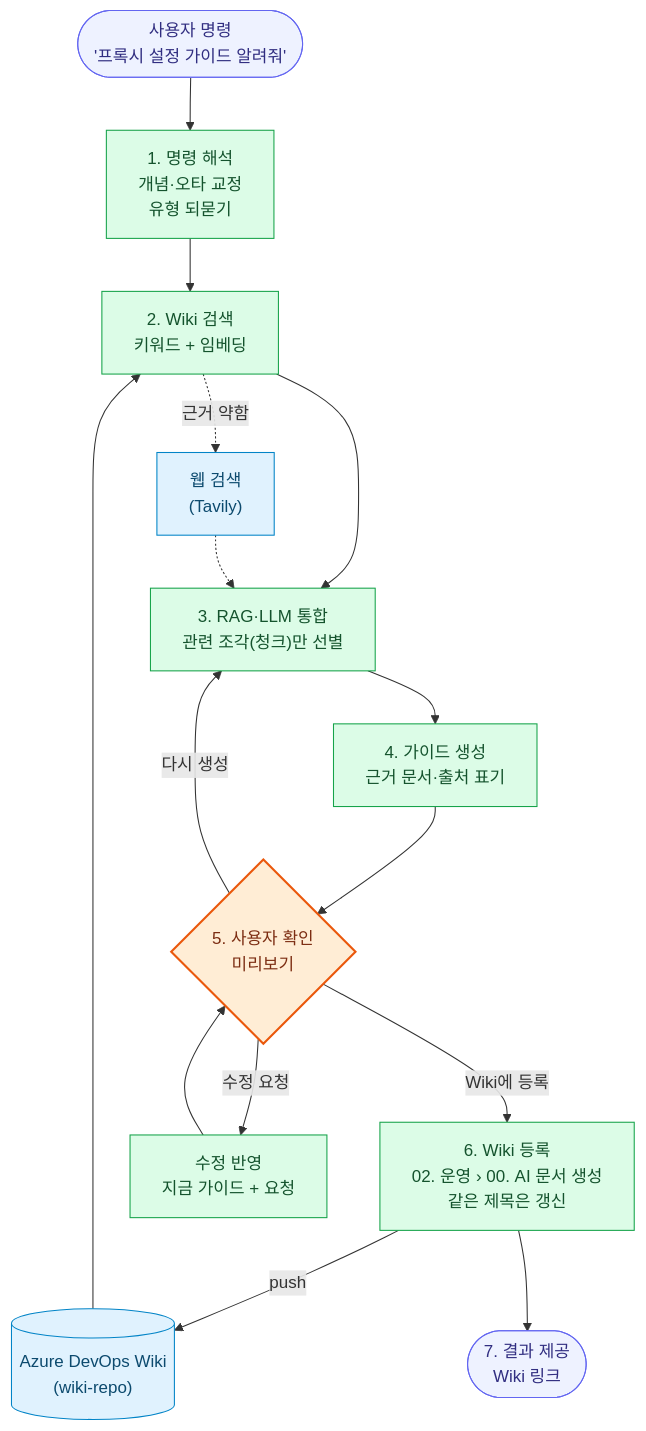
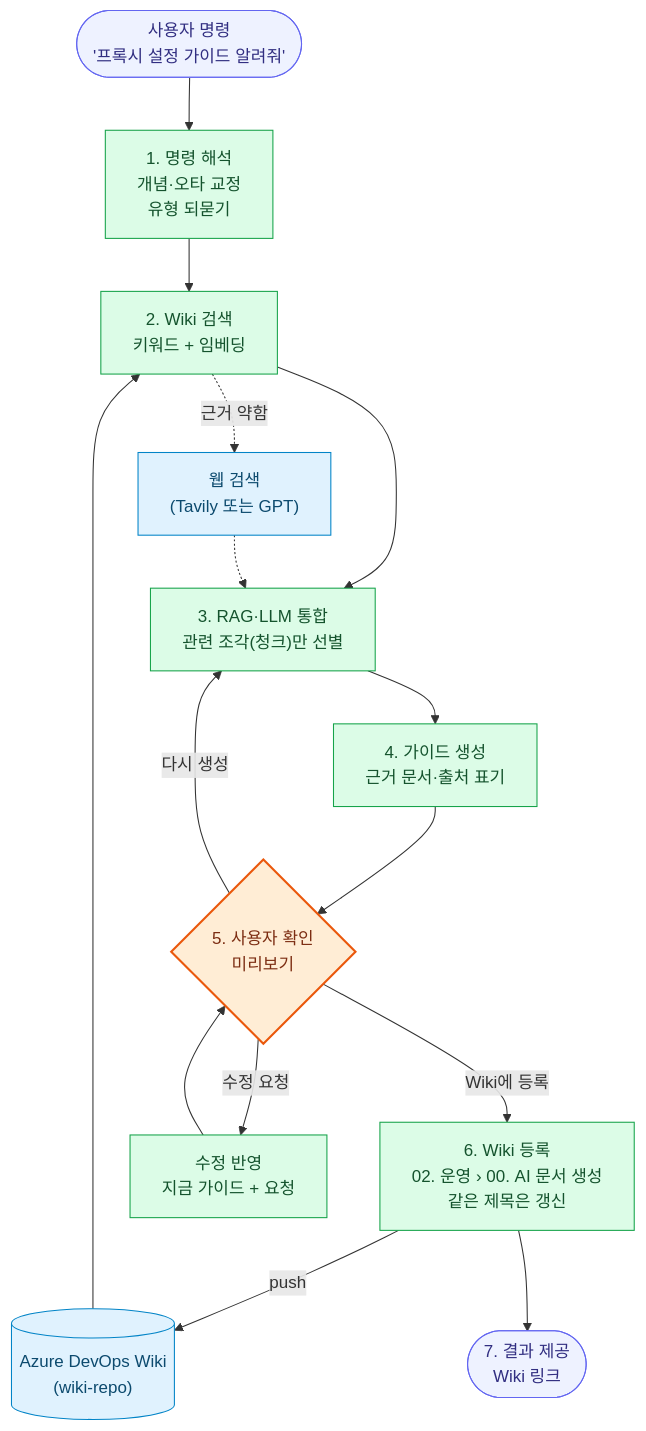
The first of 10 diagrams in README.md (pcmola/ai-master), drawn with Mermaid before and after one commit. The commit also changed other lines of this file and 2 other files, not shown here.

First line of the commit message:
웹 검색 공급자 선택: Tavily 외에 GPT 내장 웹 검색 추가

````diff
--- a/README.md
+++ b/README.md
@@ -66,28 +66,28 @@
 ```mermaid
 flowchart TD
     q(["사용자 명령<br/>'프록시 설정 가이드 알려줘'"]) --> a["1. 명령 해석<br/>개념·오타 교정<br/>유형 되묻기"]
     a --> s["2. Wiki 검색<br/>키워드 + 임베딩"]
     wiki[("Azure DevOps Wiki<br/>(wiki-repo)")] --> s
-    s -. "근거 약함" .-> web["웹 검색<br/>(Tavily)"]
+    s -. "근거 약함" .-> web["웹 검색<br/>(Tavily 또는 GPT)"]
     s --> r["3. RAG·LLM 통합<br/>관련 조각(청크)만 선별"]
     web -.-> r
     r --> g["4. 가이드 생성<br/>근거 문서·출처 표기"]
     g --> u{"5. 사용자 확인<br/>미리보기"}
     u -- "다시 생성" --> r
     u -- "Wiki에 등록" --> reg["6. Wiki 등록<br/>02. 운영 › 00. AI 문서 생성<br/>같은 제목은 갱신"]
     reg -- "push" --> wiki
     reg --> out(["7. 결과 제공<br/>Wiki 링크"])
     u -- "수정 요청" --> rv["수정 반영<br/>지금 가이드 + 요청"]
     rv --> u
 
     classDef done fill:#DCFCE7,stroke:#16A34A,color:#14532D
     classDef part fill:#FEF3C7,stroke:#D97706,color:#78350F
     classDef todo fill:#F1F5F9,stroke:#94A3B8,stroke-dasharray:4 3,color:#64748B
     classDef user fill:#FFEDD5,stroke:#EA580C,stroke-width:2px,color:#7C2D12
     classDef io fill:#EEF2FF,stroke:#6366F1,color:#312E81
     classDef ext fill:#E0F2FE,stroke:#0284C7,color:#0C4A6E
     class q,out io
     class a,s,r,g,reg,rv done
     class u user
     class wiki,web ext
 ```
````
